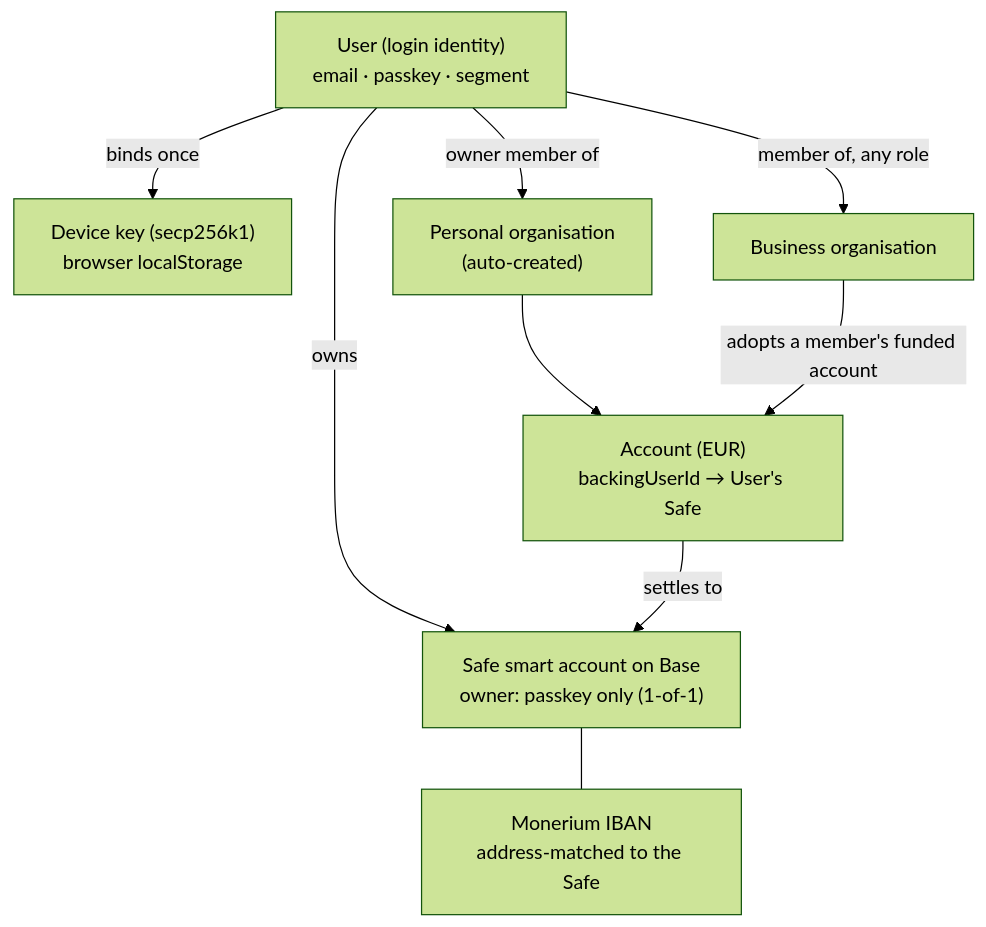
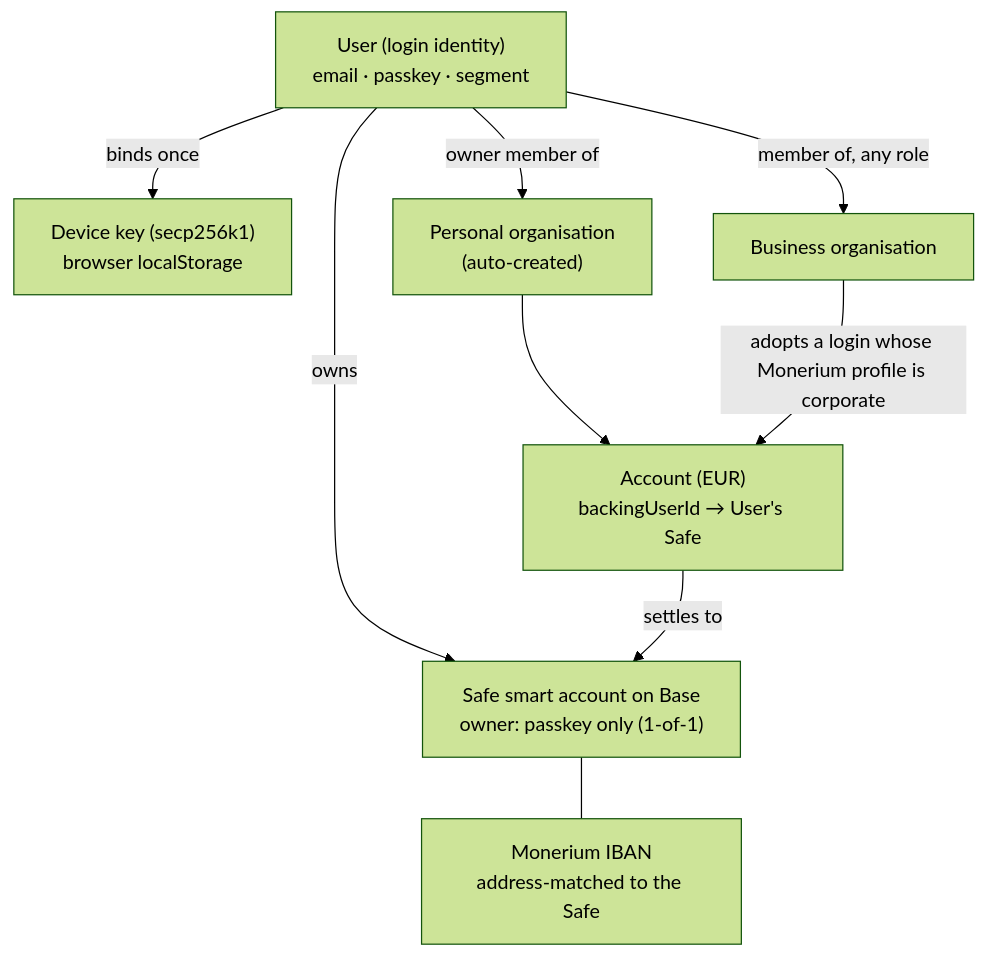
Before and after one commit to Zoldenburg-me/Zold-app: the second of 5 diagrams in docs/architecture/product-architecture.md, drawn with Mermaid (forest theme). The commit also changed other lines of this file and 19 other files, not shown here.

First line of the commit message:
Business accounts need a corporate Monerium profile

````diff
--- a/docs/architecture/product-architecture.md
+++ b/docs/architecture/product-architecture.md
@@ -107,18 +107,18 @@
 ```mermaid
 flowchart TB
   User["User (login identity)<br/>email · passkey · segment"]
   Safe["Safe smart account on Base<br/>owner: passkey only (1-of-1)"]
   IBAN["Monerium IBAN<br/>address-matched to the Safe"]
   Dev["Device key (secp256k1)<br/>browser localStorage"]
   POrg["Personal organisation<br/>(auto-created)"]
   BOrg["Business organisation"]
   Acc["Account (EUR)<br/>backingUserId → User's Safe"]
   User -->|owns| Safe
   Safe --- IBAN
   User -->|binds once| Dev
   User -->|owner member of| POrg
   User -->|member of, any role| BOrg
   POrg --> Acc
-  BOrg -->|adopts a member's funded account| Acc
+  BOrg -->|adopts a login whose Monerium profile is corporate| Acc
   Acc -->|settles to| Safe
 ```
````
